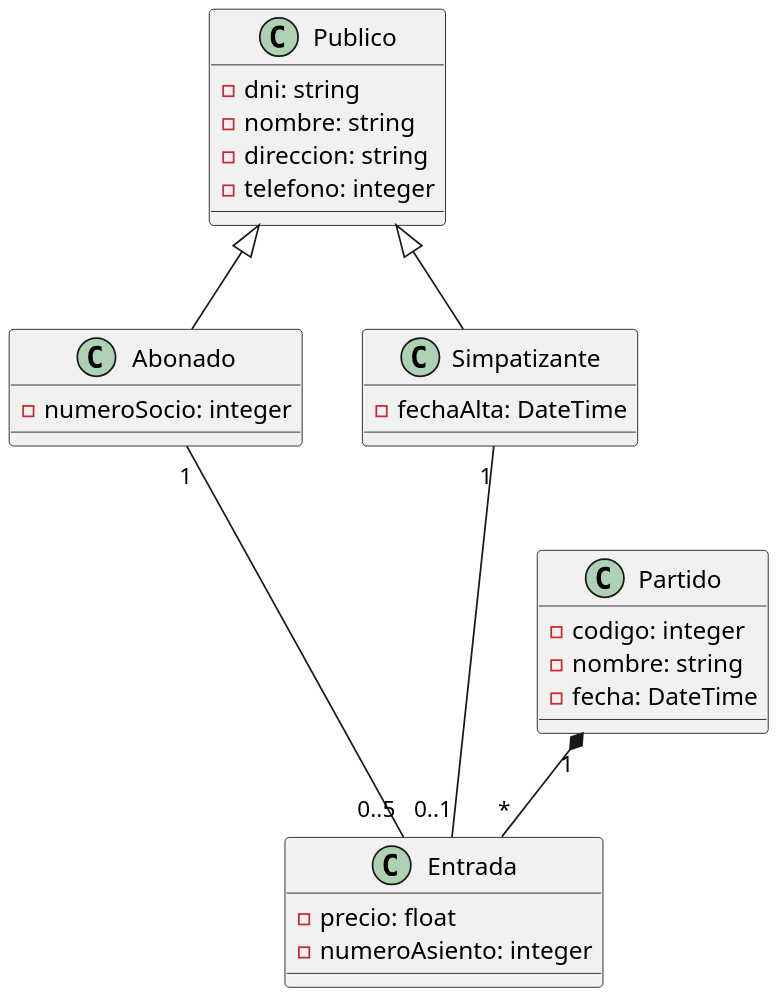
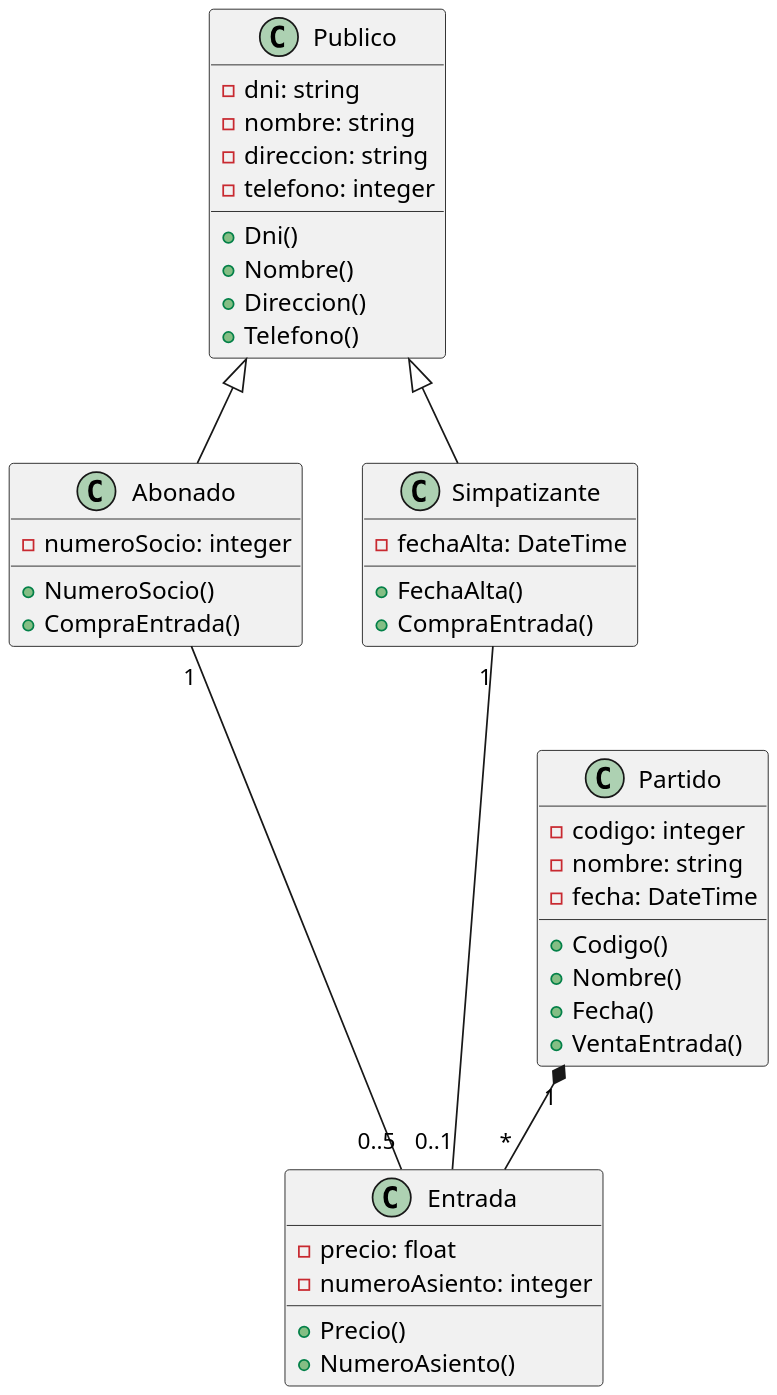
Before and after one commit to PacoGarcia79/Francisco-Garc-a-actividades1-UT4: the diagram in Ejercicio 2/ejercicio2.puml, drawn with PlantUML. The commit also changed 9 other files, not shown here.

```diff
--- a/Ejercicio 2/ejercicio2.puml
+++ b/Ejercicio 2/ejercicio2.puml
@@ -1,34 +1,48 @@
 @startuml
 scale 2
 class Publico {
     -dni: string
     -nombre: string
     -direccion: string
-    -telefono: integer    
+    -telefono: integer  
+     + Dni()  
+     + Nombre()  
+     + Direccion()  
+     + Telefono()  
 }
 
 class Abonado {
     -numeroSocio: integer 
+    + NumeroSocio()
+    + CompraEntrada()
 }
 
 class Simpatizante {
     -fechaAlta: DateTime 
+    + FechaAlta()
+    + CompraEntrada()
 }
 
 class Partido {
     -codigo: integer
     -nombre: string
     -fecha: DateTime
+    + Codigo()
+    + Nombre()
+    + Fecha()
+    + VentaEntrada()
 }
 
 class Entrada {
     -precio: float
     -numeroAsiento: integer
+    + Precio()
+    + NumeroAsiento()
 }
 
 Publico <|-- Abonado
 Publico <|-- Simpatizante
 Partido "1" *-- "*" Entrada
 Abonado "1" --- "0..5" Entrada
 Simpatizante "1" --- "0..1" Entrada
 @enduml
```
